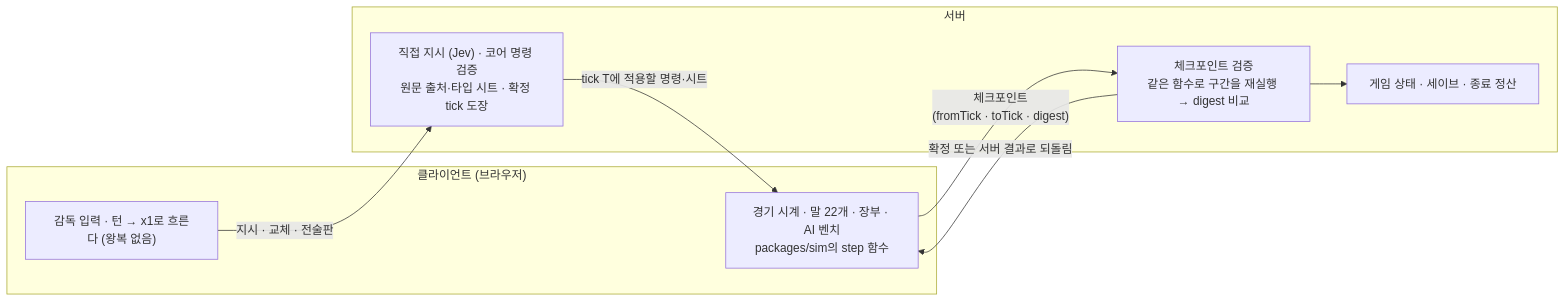
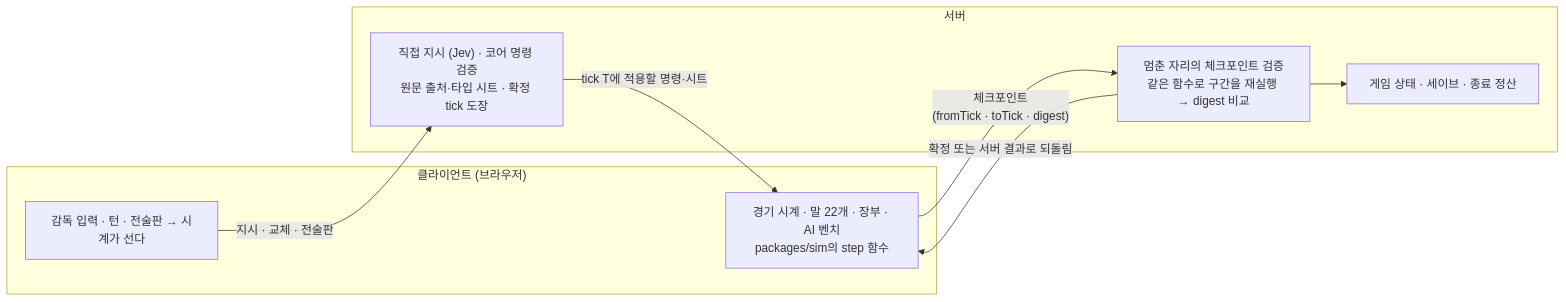
The second of 2 diagrams in docs/match/live-match.md (dhoonjang/gaffer), drawn with Mermaid before and after one commit. The commit also changed other lines of this file and 186 other files, not shown here.

````diff
--- a/docs/match/live-match.md
+++ b/docs/match/live-match.md
@@ -506,17 +567,17 @@
 ```mermaid
 flowchart LR
   subgraph C["클라이언트 (브라우저)"]
     CL["경기 시계 · 말 22개 · 장부 · AI 벤치<br/>packages/sim의 step 함수"]
-    PZ["감독 입력 · 턴 → x1로 흐른다 (왕복 없음)"]
+    PZ["감독 입력 · 턴 · 전술판 → 시계가 선다"]
   end
   subgraph S["서버"]
-    VF["체크포인트 검증<br/>같은 함수로 구간을 재실행 → digest 비교"]
+    VF["멈춘 자리의 체크포인트 검증<br/>같은 함수로 구간을 재실행 → digest 비교"]
     ST["게임 상태 · 세이브 · 종료 정산"]
     LM["직접 지시 (Jev) · 코어 명령 검증<br/>원문 출처·타입 시트 · 확정 tick 도장"]
   end
   CL -->|"체크포인트<br/>(fromTick · toTick · digest)"| VF
   VF -->|"확정 또는 서버 결과로 되돌림"| CL
   PZ -->|"지시 · 교체 · 전술판"| LM
   LM -->|"tick T에 적용할 명령·시트"| CL
   VF --> ST
 ```
````
